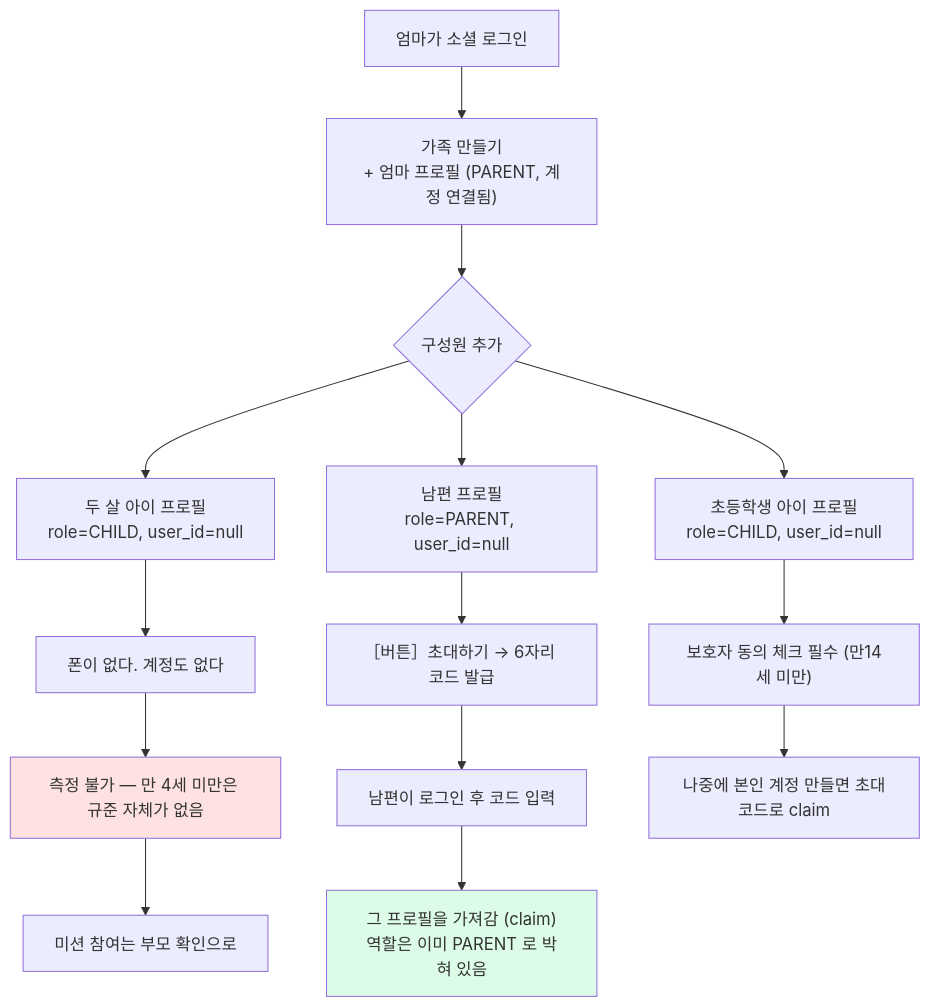
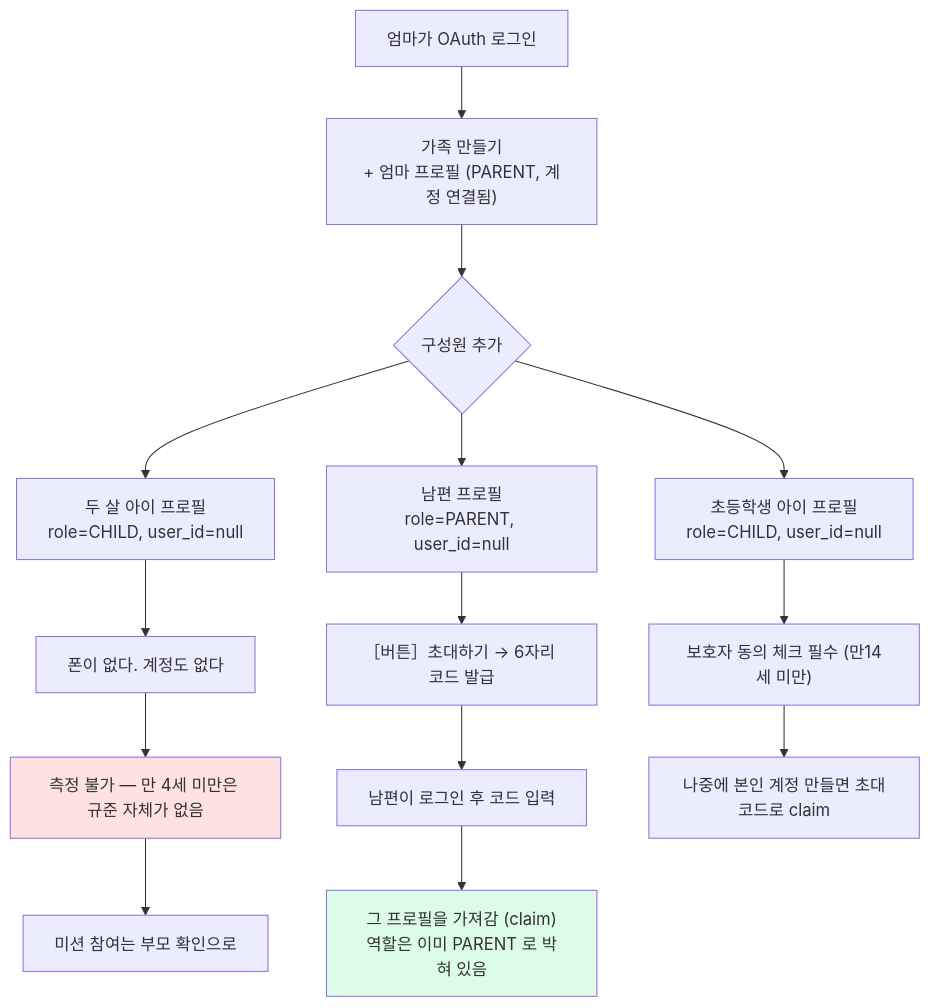
The second of 7 diagrams in docs/user-flow.md (BORB-CHOI/family-fitness), drawn with Mermaid before and after one commit. The commit also changed other lines of this file and 4 other files, not shown here.

````diff
--- a/docs/user-flow.md
+++ b/docs/user-flow.md
@@ -72,22 +72,22 @@
 ```mermaid
 flowchart TD
-    A["엄마가 소셜 로그인"] --> B["가족 만들기<br/>+ 엄마 프로필 (PARENT, 계정 연결됨)"]
+    A["엄마가 OAuth 로그인"] --> B["가족 만들기<br/>+ 엄마 프로필 (PARENT, 계정 연결됨)"]
     B --> C{"구성원 추가"}
 
     C --> D["두 살 아이 프로필<br/>role=CHILD, user_id=null"]
     D --> D1["폰이 없다. 계정도 없다"]
     D1 --> D2["측정 불가 — 만 4세 미만은 규준 자체가 없음"]
     D2 --> D3["미션 참여는 부모 확인으로"]
 
     C --> E["남편 프로필<br/>role=PARENT, user_id=null"]
     E --> E1["［버튼］초대하기 → 6자리 코드 발급"]
     E1 --> E2["남편이 로그인 후 코드 입력"]
     E2 --> E3["그 프로필을 가져감 (claim)<br/>역할은 이미 PARENT 로 박혀 있음"]
 
     C --> F["초등학생 아이 프로필<br/>role=CHILD, user_id=null"]
     F --> F1["보호자 동의 체크 필수 (만14세 미만)"]
     F1 --> F2["나중에 본인 계정 만들면 초대코드로 claim"]
 
     style E3 fill:#dcfce7
     style D2 fill:#fee2e2
 ```
````
